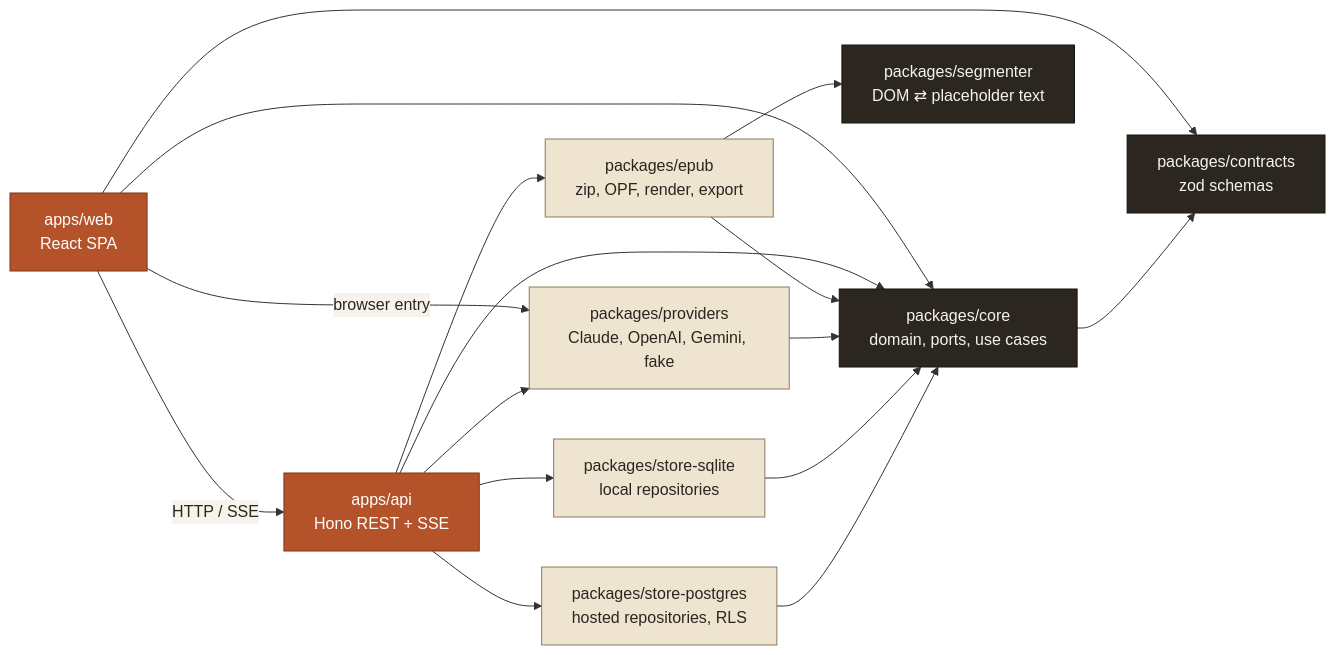
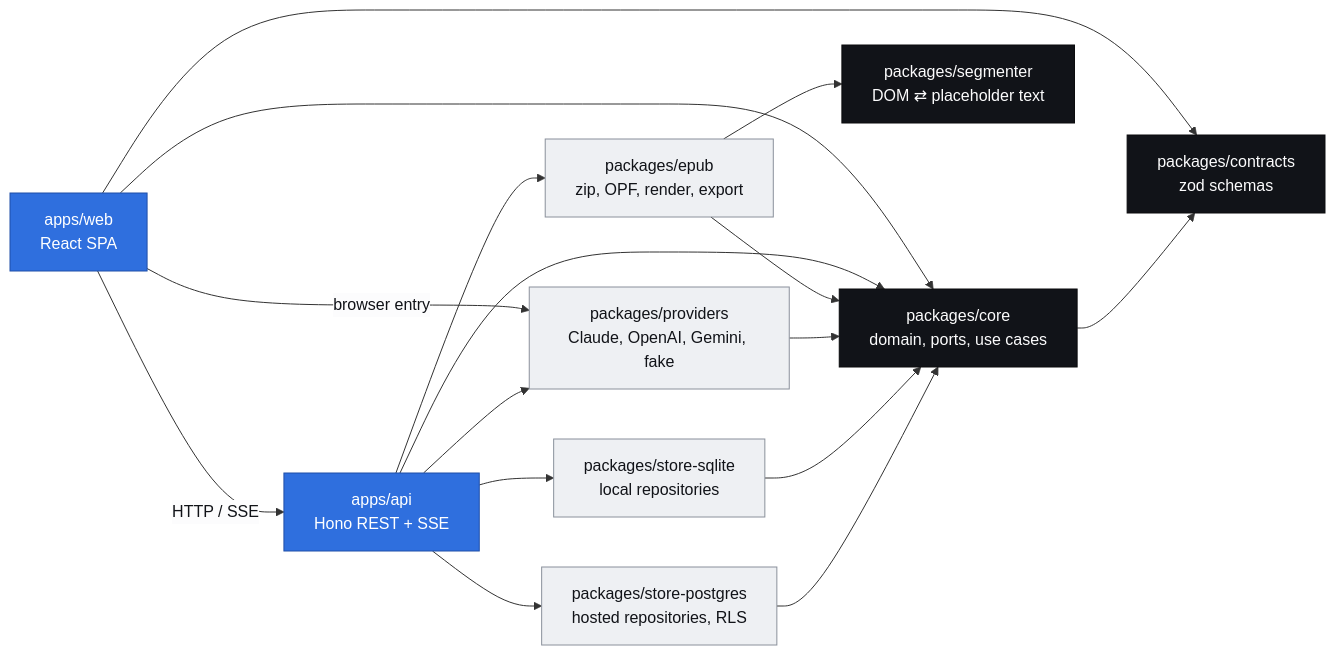
The diagram in README.md (AbhinavMV/epub-translator), drawn with Mermaid before and after one commit. The commit also changed 11 other files, not shown here.

````diff
--- a/README.md
+++ b/README.md
@@ -64,34 +64,34 @@
 ```mermaid
-%%{init: {"themeVariables": {"edgeLabelBackground": "#f7f3ec"}}}%%
+%%{init: {"themeVariables": {"edgeLabelBackground": "#fcfcfd"}}}%%
 flowchart LR
   web["apps/web<br/>React SPA"]:::app
   api["apps/api<br/>Hono REST + SSE"]:::app
   contracts["packages/contracts<br/>zod schemas"]:::pure
   core["packages/core<br/>domain, ports, use cases"]:::pure
   seg["packages/segmenter<br/>DOM ⇄ placeholder text"]:::pure
   epub["packages/epub<br/>zip, OPF, render, export"]:::adapter
   prov["packages/providers<br/>Claude, OpenAI, Gemini, fake"]:::adapter
   store["packages/store-sqlite<br/>local repositories"]:::adapter
   pg["packages/store-postgres<br/>hosted repositories, RLS"]:::adapter
 
   web -- "HTTP / SSE" --> api
   web --> contracts
   web --> core
   web -- "browser entry" --> prov
   api --> core
   api --> epub
   api --> prov
   api --> store
   core --> contracts
   epub --> core
   epub --> seg
   prov --> core
   store --> core
   api --> pg
   pg --> core
 
-  linkStyle 0,3 color:#2b2620
-  classDef app fill:#b4532a,stroke:#7a3519,color:#ffffff
-  classDef pure fill:#2b2620,stroke:#16140f,color:#f7f3ec
-  classDef adapter fill:#efe4cf,stroke:#8a7a5c,color:#2b2620
+  linkStyle 0,3 color:#111318
+  classDef app fill:#2f6fde,stroke:#1f4fa8,color:#ffffff
+  classDef pure fill:#111318,stroke:#0a0b0d,color:#fcfcfd
+  classDef adapter fill:#eef0f3,stroke:#8a909b,color:#111318
 ```
````
